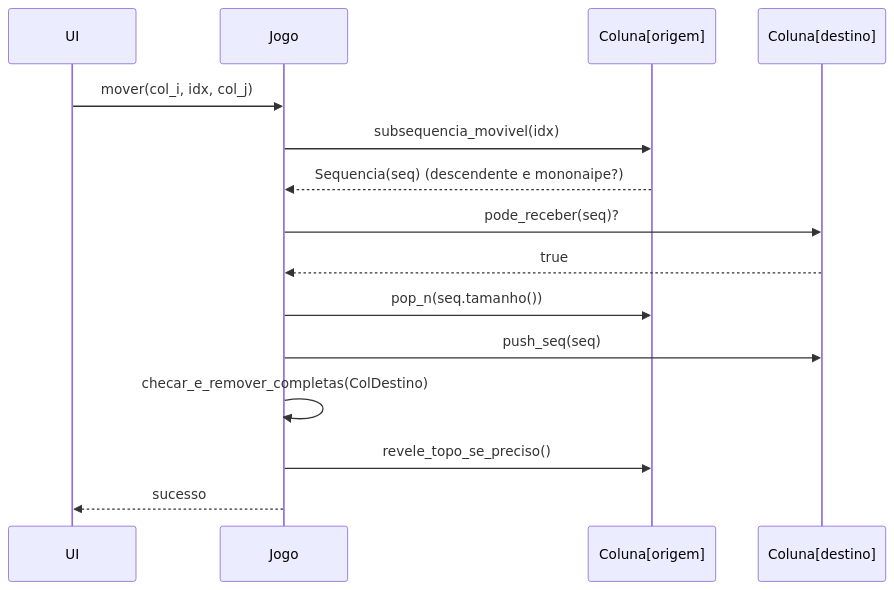
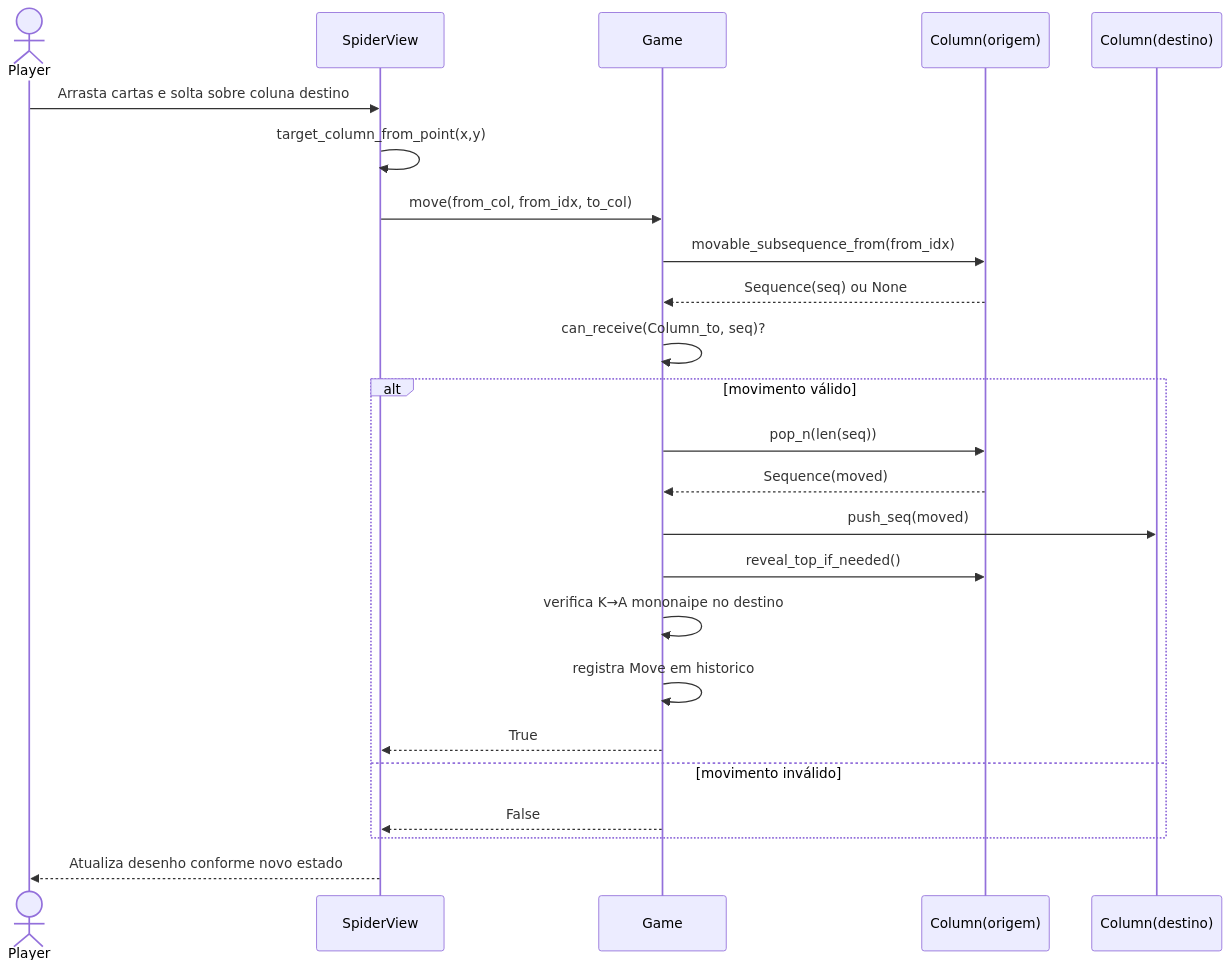
Before and after one commit to rafelix51/spider-arcade: the third of 4 diagrams in readme.md, drawn with Mermaid. The commit also changed other lines of this file, not shown here.

````diff
--- a/readme.md
+++ b/readme.md
@@ -152,18 +211,31 @@
 ```mermaid
 sequenceDiagram
-    participant UI
-    participant Jogo
-    participant ColOrigem as Coluna[origem]
-    participant ColDestino as Coluna[destino]
+    actor Player
+    participant SpiderView
+    participant Game
+    participant Column_from as Column(origem)
+    participant Column_to as Column(destino)
 
-    UI->>Jogo: mover(col_i, idx, col_j)
-    Jogo->>ColOrigem: subsequencia_movivel(idx)
-    ColOrigem-->>Jogo: Sequencia(seq) (descendente e mononaipe?)
-    Jogo->>ColDestino: pode_receber(seq)?
-    ColDestino-->>Jogo: true
-    Jogo->>ColOrigem: pop_n(seq.tamanho())
-    Jogo->>ColDestino: push_seq(seq)
-    Jogo->>Jogo: checar_e_remover_completas(ColDestino)
-    Jogo->>ColOrigem: revele_topo_se_preciso()
-    Jogo-->>UI: sucesso
+    Player->>SpiderView: Arrasta cartas e solta sobre coluna destino
+    SpiderView->>SpiderView: target_column_from_point(x,y)
+    SpiderView->>Game: move(from_col, from_idx, to_col)
+
+    Game->>Column_from: movable_subsequence_from(from_idx)
+    Column_from-->>Game: Sequence(seq) ou None
+
+    Game->>Game: can_receive(Column_to, seq)?
+    alt movimento válido
+        Game->>Column_from: pop_n(len(seq))
+        Column_from-->>Game: Sequence(moved)
+        Game->>Column_to: push_seq(moved)
+
+        Game->>Column_from: reveal_top_if_needed()
+        Game->>Game: verifica K→A mononaipe no destino
+        Game->>Game: registra Move em historico
+        Game-->>SpiderView: True
+    else movimento inválido
+        Game-->>SpiderView: False
+    end
+
+    SpiderView-->>Player: Atualiza desenho conforme novo estado
 ```
````
